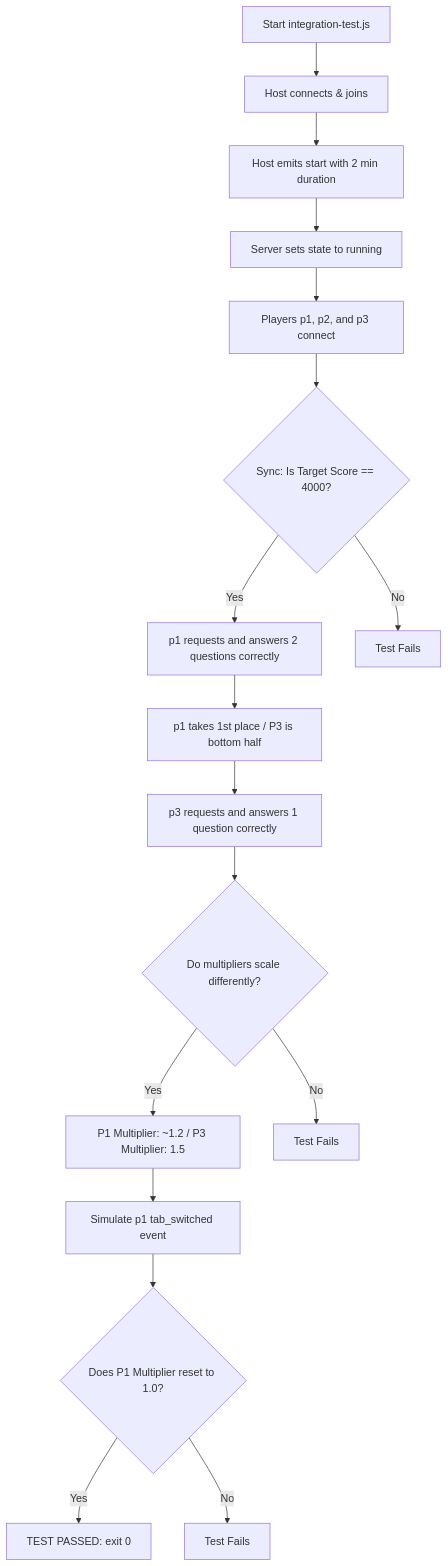
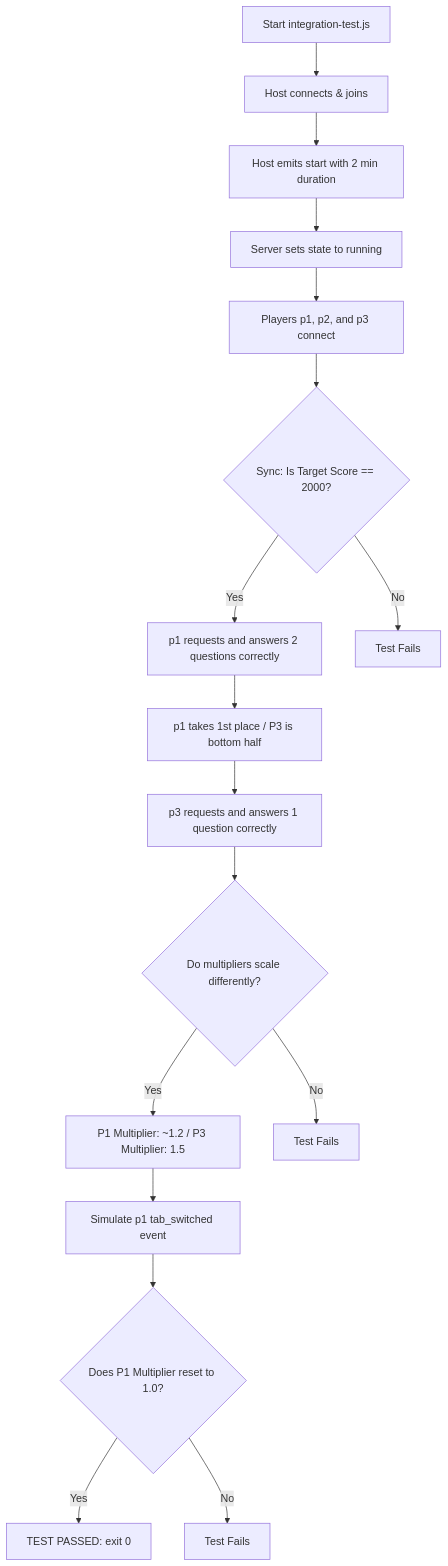
The fourth of 4 diagrams in README.md (FinDaHuman/ZapQuiz), drawn with Mermaid before and after one commit. The commit also changed other lines of this file and 6 other files, not shown here.

````diff
--- a/README.md
+++ b/README.md
@@ -380,23 +380,23 @@
 ```mermaid
 graph TD
     A[Start integration-test.js] --> B[Host connects & joins]
     B --> C[Host emits start with 2 min duration]
     C --> D[Server sets state to running]
     D --> E[Players p1, p2, and p3 connect]
     
-    E --> F{Sync: Is Target Score == 4000?}
+    E --> F{Sync: Is Target Score == 2000?}
     F -- Yes --> G[p1 requests and answers 2 questions correctly]
     F -- No --> Fail1[Test Fails]
     
     G --> H[p1 takes 1st place / P3 is bottom half]
     H --> I[p3 requests and answers 1 question correctly]
     
     I --> J{Do multipliers scale differently?}
     J -- Yes --> K[P1 Multiplier: ~1.2 / P3 Multiplier: 1.5]
     J -- No --> Fail2[Test Fails]
     
     K --> L[Simulate p1 tab_switched event]
     L --> M{Does P1 Multiplier reset to 1.0?}
     M -- Yes --> N[TEST PASSED: exit 0]
     M -- No --> Fail3[Test Fails]
 ```
````
